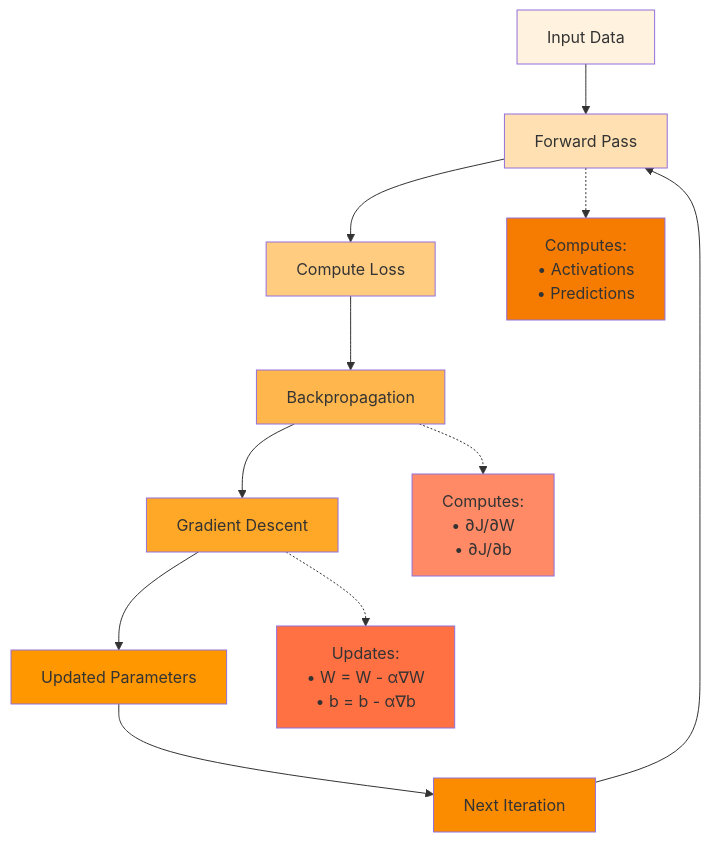
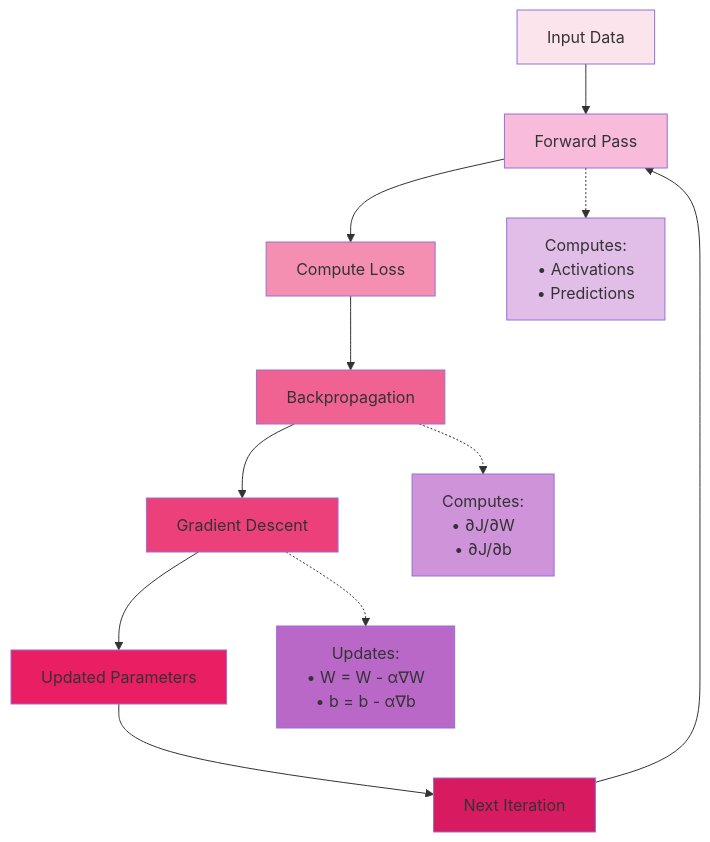
Before and after one commit to Chaklader/flower-image-classifier: the diagram in C_3.md, drawn with Mermaid. The commit also changed other lines of this file, not shown here.

````diff
--- a/C_3.md
+++ b/C_3.md
@@ -1154,29 +1154,29 @@
 ```mermaid
 flowchart TD
     A["Input Data"] --> B["Forward Pass"]
     B --> C["Compute Loss"]
     C --> D["Backpropagation"]
     D --> E["Gradient Descent"]
     E --> F["Updated Parameters"]
     F --> G["Next Iteration"]
     G --> B
 
     H["Computes:<br>• Activations<br>• Predictions"]
     I["Computes:<br>• ∂J/∂W<br>• ∂J/∂b"]
     J["Updates:<br>• W = W - α∇W<br>• b = b - α∇b"]
 
     B -.-> H
     D -.-> I
     E -.-> J
 
-style A fill:#FFF3E0
-style B fill:#FFE0B2
-style C fill:#FFCC80
-style D fill:#FFB74D
-style E fill:#FFA726
-style F fill:#FF9800
-style G fill:#FB8C00
-style H fill:#F57C00
-style I fill:#FF8A65
-style J fill:#FF7043
+style A fill:#FCE4EC
+style B fill:#F8BBD9
+style C fill:#F48FB1
+style D fill:#F06292
+style E fill:#EC407A
+style F fill:#E91E63
+style G fill:#D81B60
+style H fill:#E1BEE7
+style I fill:#CE93D8
+style J fill:#BA68C8
 ```
````
